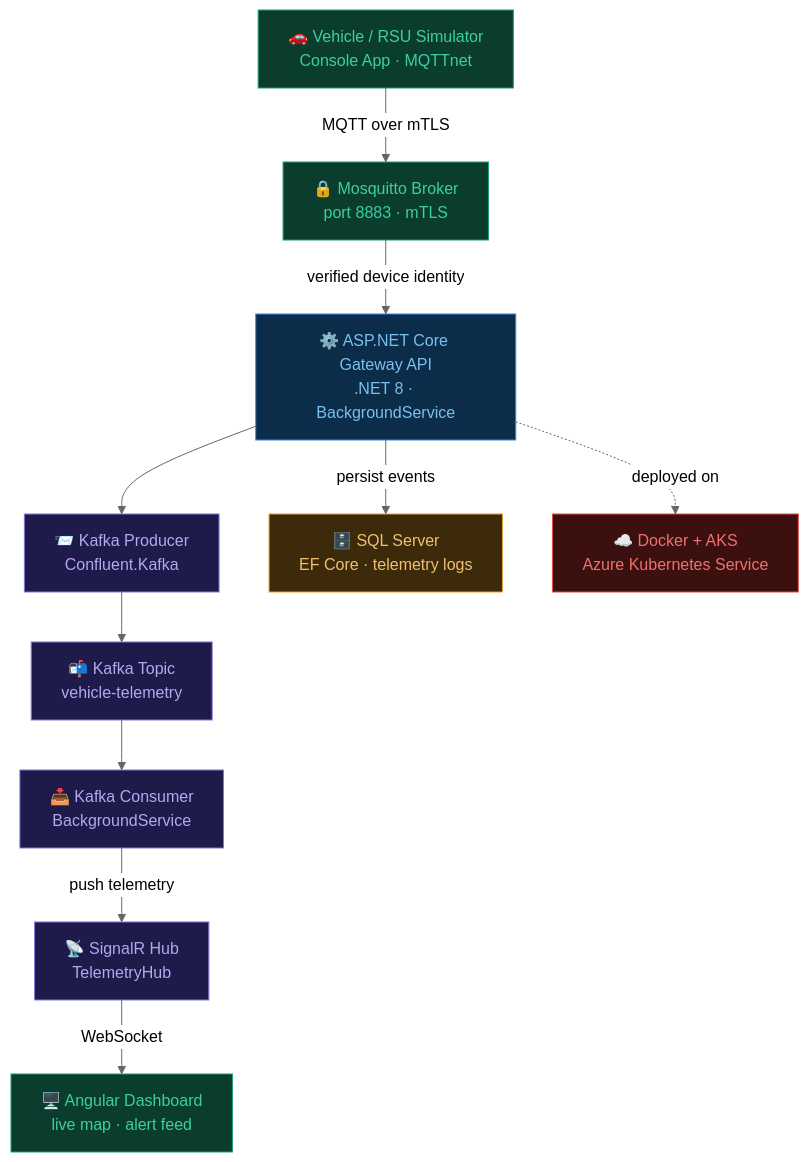
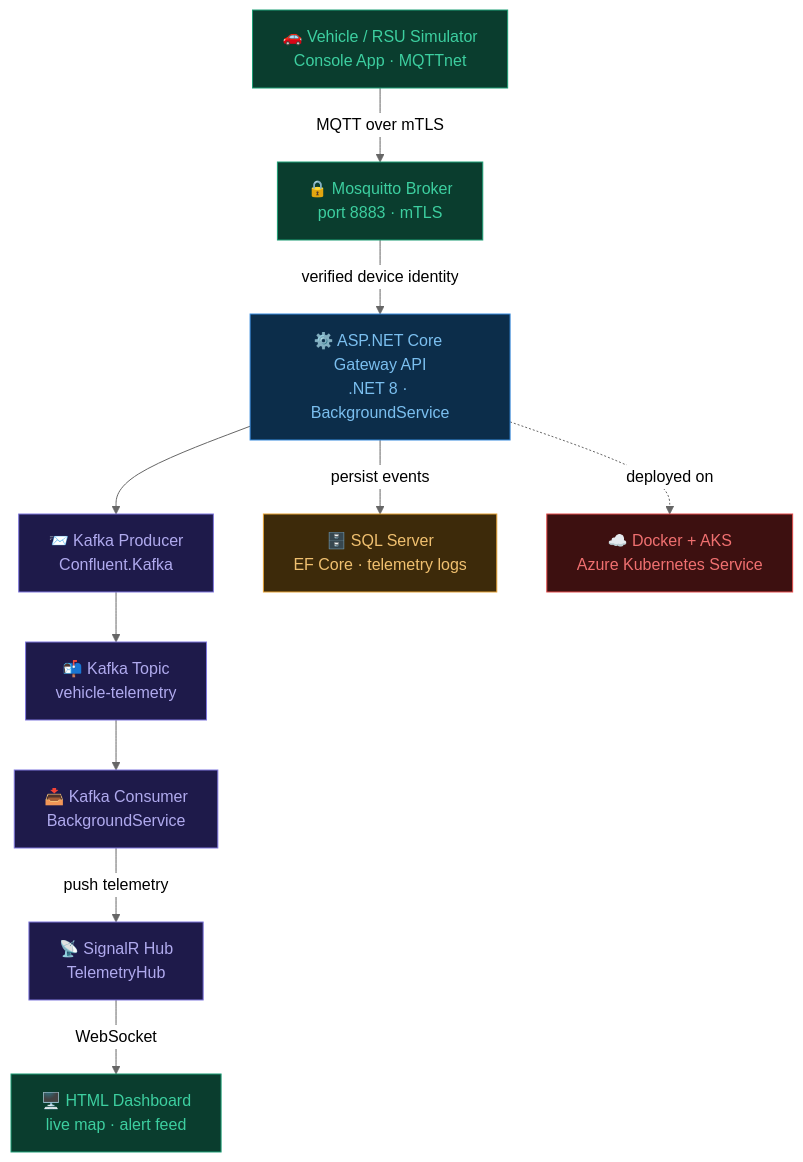
The diagram in README.md (Md-Junaeid-Alam/VehicleLink-Gateway), drawn with Mermaid (neutral theme) before and after one commit. The commit also changed other lines of this file, not shown here.

````diff
--- a/README.md
+++ b/README.md
@@ -31,34 +31,34 @@
 ```mermaid
 flowchart TD
     A["🚗 Vehicle / RSU Simulator\nConsole App · MQTTnet"]
     B["🔒 Mosquitto Broker\nport 8883 · mTLS"]
     C["⚙️ ASP.NET Core Gateway API\n.NET 8 · BackgroundService"]
     D["📨 Kafka Producer\nConfluent.Kafka"]
     E["📬 Kafka Topic\nvehicle-telemetry"]
     F["📥 Kafka Consumer\nBackgroundService"]
     G["📡 SignalR Hub\nTelemetryHub"]
-    H["🖥️ Angular Dashboard\nlive map · alert feed"]
+    H["🖥️ HTML Dashboard\nlive map · alert feed"]
     I["🗄️ SQL Server\nEF Core · telemetry logs"]
     J["☁️ Docker + AKS\nAzure Kubernetes Service"]
 
     A -->|"MQTT over mTLS"| B
     B -->|"verified device identity"| C
     C --> D
     D --> E
     E --> F
     F -->|"push telemetry"| G
     G -->|"WebSocket"| H
     C -->|"persist events"| I
     C -.->|"deployed on"| J
 
     style A fill:#0a3d2e,stroke:#1d9e75,color:#3dcfa0
     style B fill:#0a3d2e,stroke:#1d9e75,color:#3dcfa0
     style C fill:#0c2d4a,stroke:#378add,color:#7bbfef
     style D fill:#1e1a4a,stroke:#7f77dd,color:#b0aaee
     style E fill:#1e1a4a,stroke:#7f77dd,color:#b0aaee
     style F fill:#1e1a4a,stroke:#7f77dd,color:#b0aaee
     style G fill:#1e1a4a,stroke:#7f77dd,color:#b0aaee
     style H fill:#0a3d2e,stroke:#1d9e75,color:#3dcfa0
     style I fill:#3d2a0a,stroke:#e3a034,color:#f0c070
     style J fill:#3d1010,stroke:#e24b4a,color:#f07070
 ```
````
